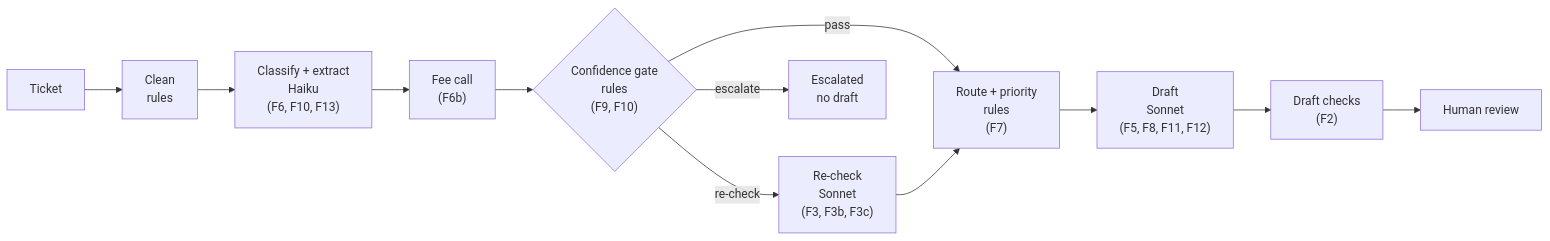
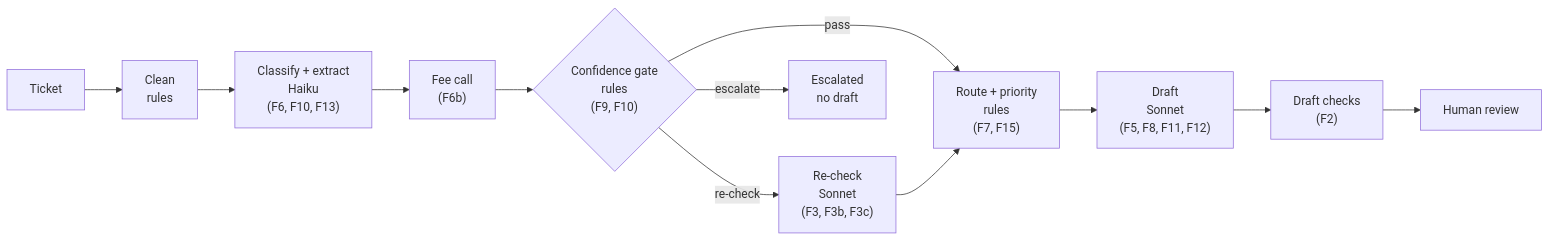
One commit to SDeath-Scythe/Support-Pipeline-Automation changed the second of 2 diagrams in HANDOVER.md. Above: the diagram before and after it, drawn with Mermaid. The commit also changed other lines of this file and 2 other files, not shown here.

````diff
--- a/HANDOVER.md
+++ b/HANDOVER.md
@@ -164,14 +164,14 @@
 ```mermaid
 flowchart LR
     T[Ticket] --> C[Clean<br/>rules]
     C --> K["Classify + extract<br/>Haiku<br/>(F6, F10, F13)"]
     K --> FEE["Fee call<br/>(F6b)"]
     FEE --> G{"Confidence gate<br/>rules<br/>(F9, F10)"}
-    G -->|pass| R["Route + priority<br/>rules<br/>(F7)"]
+    G -->|pass| R["Route + priority<br/>rules<br/>(F7, F15)"]
     G -->|re-check| RC["Re-check<br/>Sonnet<br/>(F3, F3b, F3c)"]
     RC --> R
     G -->|escalate| E[Escalated<br/>no draft]
     R --> D["Draft<br/>Sonnet<br/>(F5, F8, F11, F12)"]
     D --> DC["Draft checks<br/>(F2)"]
     DC --> H[Human review]
 ```
````
